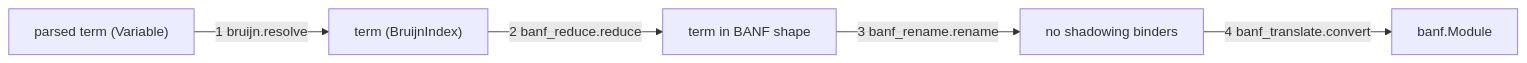
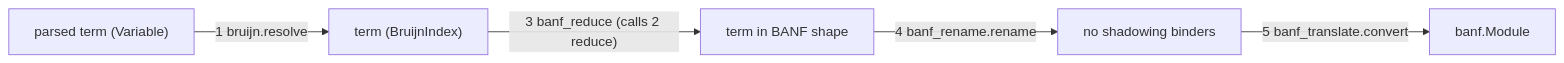
Before and after one commit to tapl-org/tapl: the diagram in oymo/bruijn_plan.md, drawn with Mermaid. The commit also changed other lines of this file, not shown here.

Commit message:
refactor: replace the root-reduction pass with a single-step reduce function and update the reduction logic to head-normal form

````diff
--- a/oymo/bruijn_plan.md
+++ b/oymo/bruijn_plan.md
@@ -33,7 +36,7 @@
 ```mermaid
 flowchart LR
     parsed["parsed term (Variable)"] -->|"1 bruijn.resolve"| resolved["term (BruijnIndex)"]
-    resolved -->|"2 banf_reduce.reduce"| shaped["term in BANF shape"]
-    shaped -->|"3 banf_rename.rename"| renamed["no shadowing binders"]
-    renamed -->|"4 banf_translate.convert"| banf["banf.Module"]
+    resolved -->|"3 banf_reduce (calls 2 reduce)"| shaped["term in BANF shape"]
+    shaped -->|"4 banf_rename.rename"| renamed["no shadowing binders"]
+    renamed -->|"5 banf_translate.convert"| banf["banf.Module"]
 ```
````
